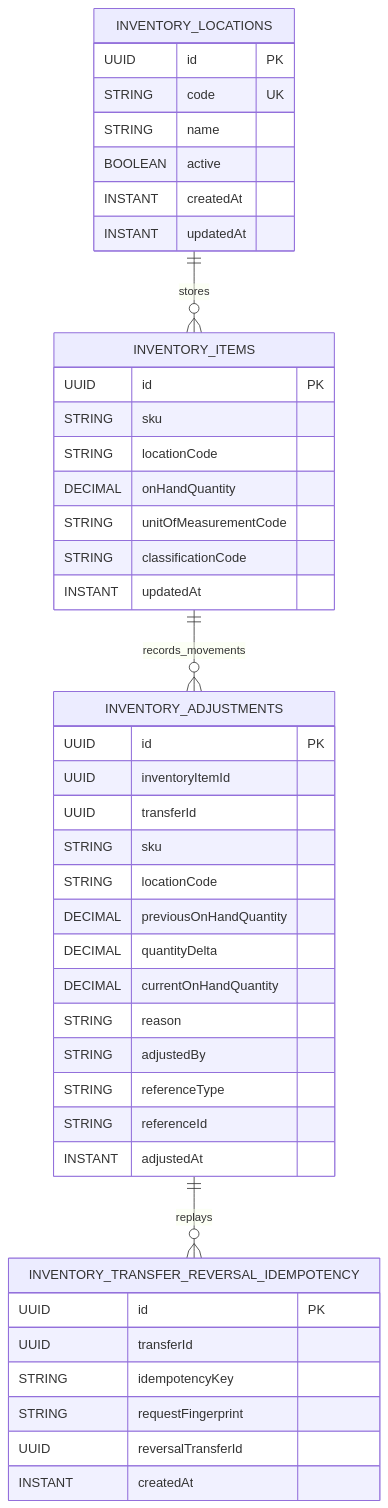
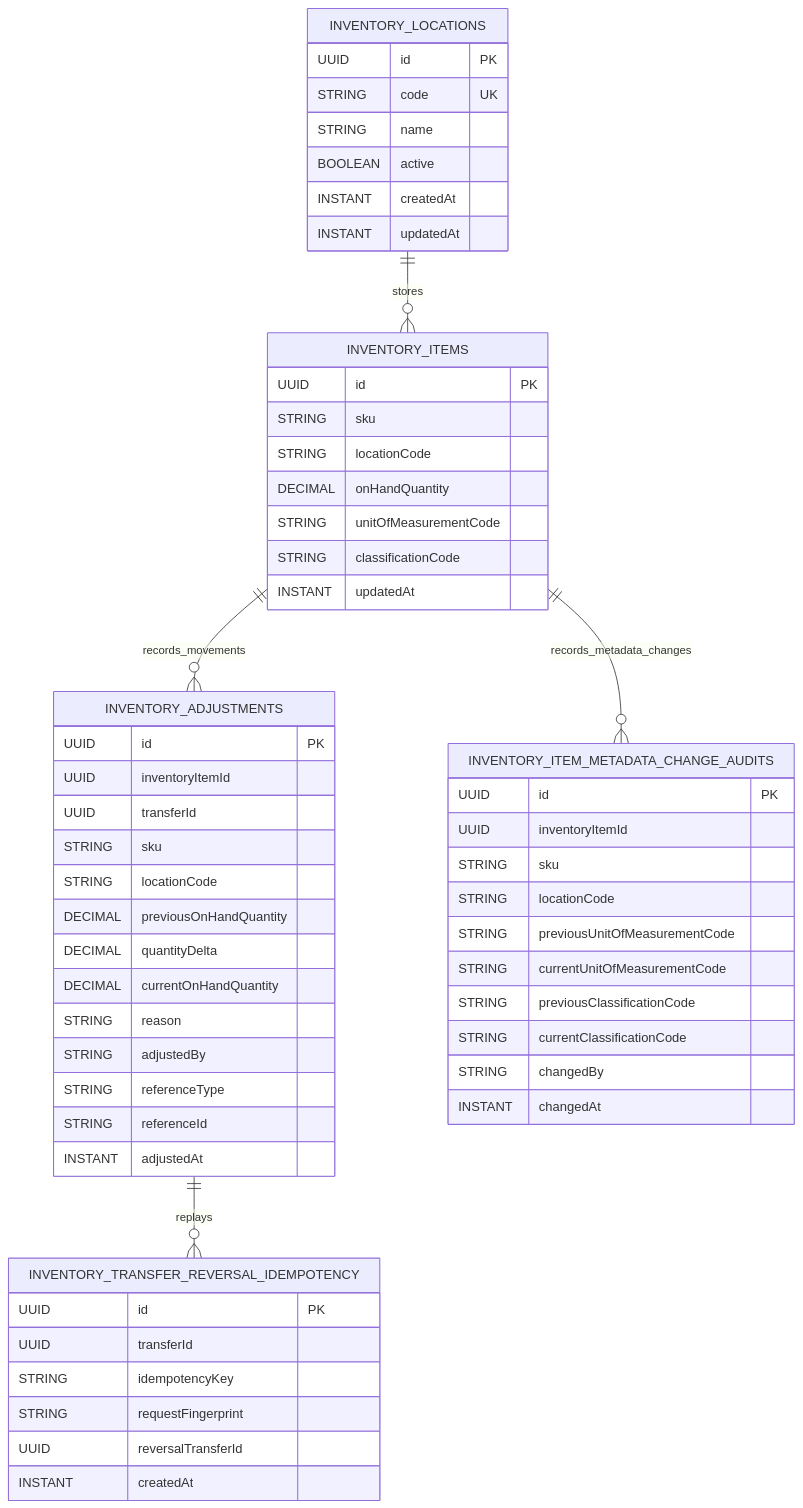
One commit to ArcanaERP/platform changed the diagram in docs/inventory-data-model.md. Above: the diagram before and after it, drawn with Mermaid. The commit also changed other lines of this file and 12 other files, not shown here.

Commit message:
Add inventory item metadata history

````diff
--- a/docs/inventory-data-model.md
+++ b/docs/inventory-data-model.md
@@ -7,50 +7,64 @@
 ```mermaid
 erDiagram
     INVENTORY_LOCATIONS ||--o{ INVENTORY_ITEMS : stores
     INVENTORY_ITEMS ||--o{ INVENTORY_ADJUSTMENTS : records_movements
+    INVENTORY_ITEMS ||--o{ INVENTORY_ITEM_METADATA_CHANGE_AUDITS : records_metadata_changes
     INVENTORY_ADJUSTMENTS ||--o{ INVENTORY_TRANSFER_REVERSAL_IDEMPOTENCY : replays
 
     INVENTORY_LOCATIONS {
       UUID id PK
       STRING code UK
       STRING name
       BOOLEAN active
       INSTANT createdAt
       INSTANT updatedAt
     }
 
     INVENTORY_ITEMS {
       UUID id PK
       STRING sku
       STRING locationCode
       DECIMAL onHandQuantity
       STRING unitOfMeasurementCode
       STRING classificationCode
       INSTANT updatedAt
     }
 
     INVENTORY_ADJUSTMENTS {
       UUID id PK
       UUID inventoryItemId
       UUID transferId
       STRING sku
       STRING locationCode
       DECIMAL previousOnHandQuantity
       DECIMAL quantityDelta
       DECIMAL currentOnHandQuantity
       STRING reason
       STRING adjustedBy
       STRING referenceType
       STRING referenceId
       INSTANT adjustedAt
     }
 
+    INVENTORY_ITEM_METADATA_CHANGE_AUDITS {
+      UUID id PK
+      UUID inventoryItemId
+      STRING sku
+      STRING locationCode
+      STRING previousUnitOfMeasurementCode
+      STRING currentUnitOfMeasurementCode
+      STRING previousClassificationCode
+      STRING currentClassificationCode
+      STRING changedBy
+      INSTANT changedAt
+    }
+
     INVENTORY_TRANSFER_REVERSAL_IDEMPOTENCY {
       UUID id PK
       UUID transferId
       STRING idempotencyKey
       STRING requestFingerprint
       UUID reversalTransferId
       INSTANT createdAt
     }
 ```
````
